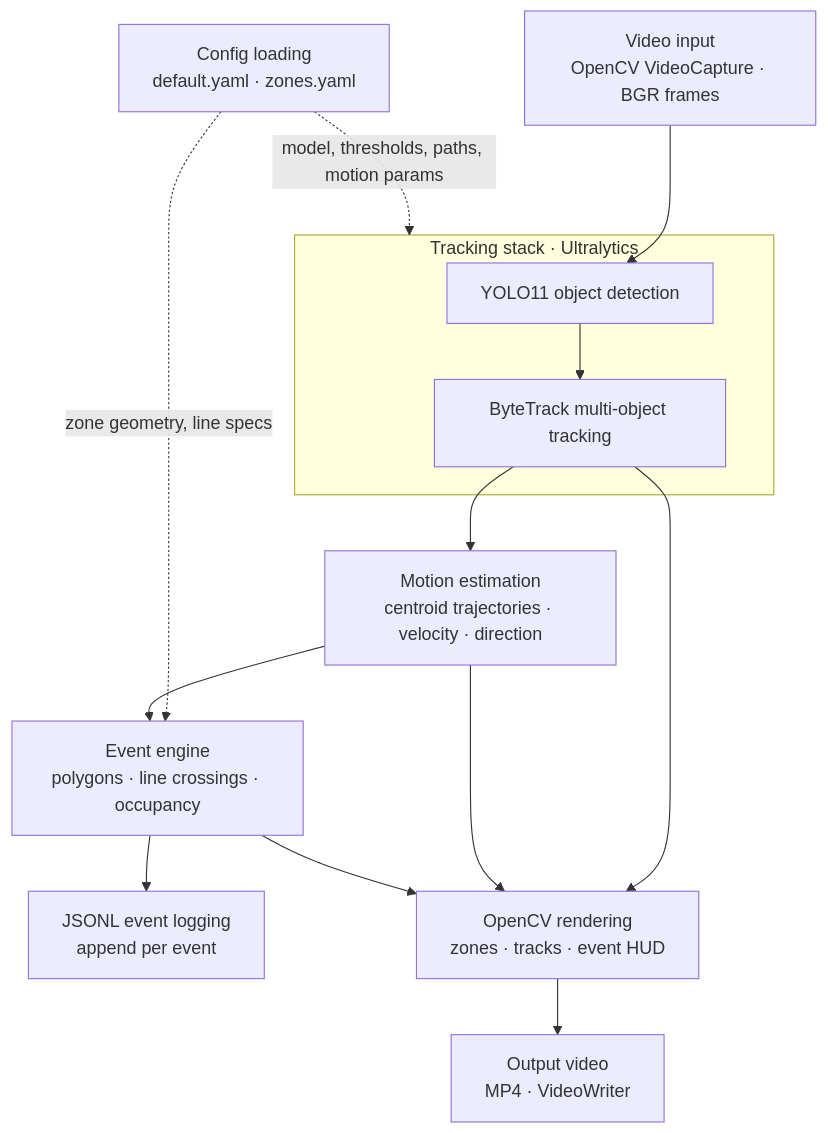
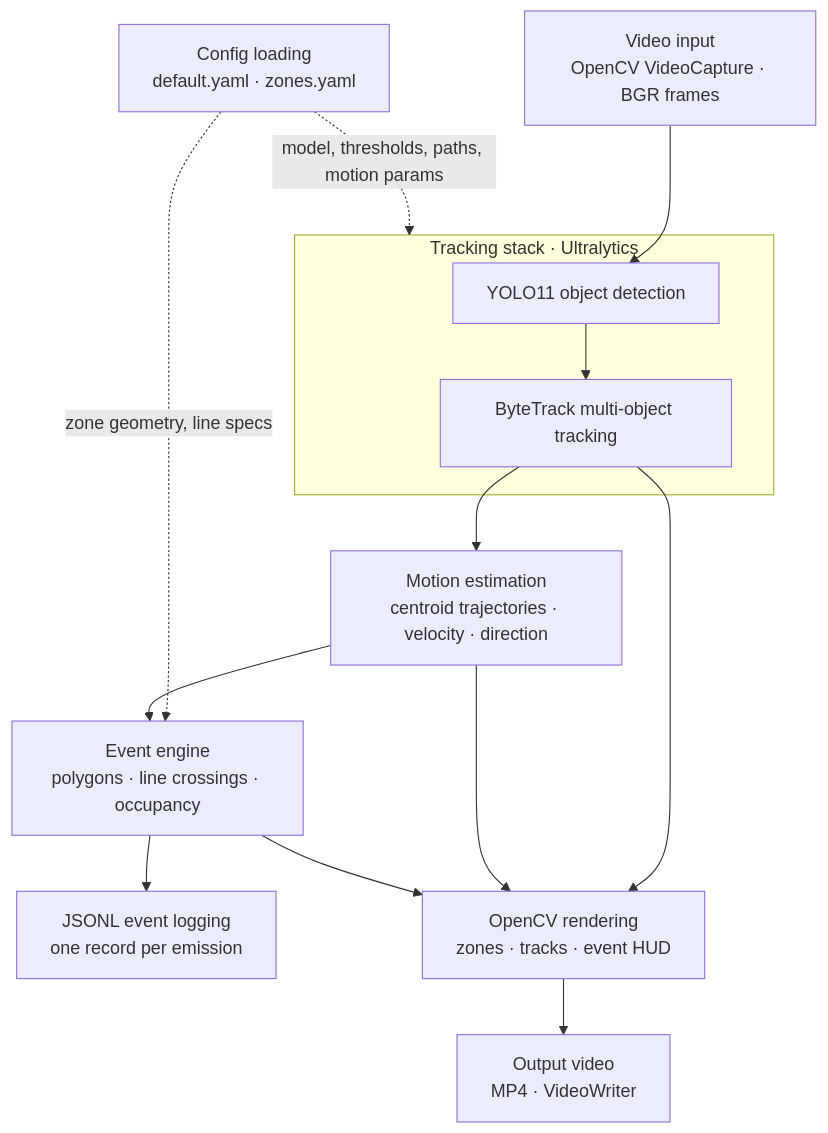
Before and after one commit to asthanameghna/real-time-vision-intelligence: the diagram in README.md, drawn with Mermaid. The commit also changed other lines of this file, not shown here.

````diff
--- a/README.md
+++ b/README.md
@@ -80,34 +97,34 @@
 ```mermaid
 flowchart TB
     CFG["Config loading<br/>default.yaml · zones.yaml"]
 
     VID["Video input<br/>OpenCV VideoCapture · BGR frames"]
 
     subgraph INF["Tracking stack · Ultralytics"]
         YOLO["YOLO11 object detection"]
         BT["ByteTrack multi-object tracking"]
         YOLO --> BT
     end
 
     MOT["Motion estimation<br/>centroid trajectories · velocity · direction"]
 
     EVT["Event engine<br/>polygons · line crossings · occupancy"]
 
-    LOG["JSONL event logging<br/>append per event"]
+    LOG["JSONL event logging<br/>one record per emission"]
 
     REN["OpenCV rendering<br/>zones · tracks · event HUD"]
 
     OUT["Output video<br/>MP4 · VideoWriter"]
 
     CFG -.->|model, thresholds, paths, motion params| INF
     CFG -.->|zone geometry, line specs| EVT
 
     VID --> YOLO
     BT --> MOT
     MOT --> EVT
     EVT --> LOG
     BT --> REN
     MOT --> REN
     EVT --> REN
     REN --> OUT
 ```
````
